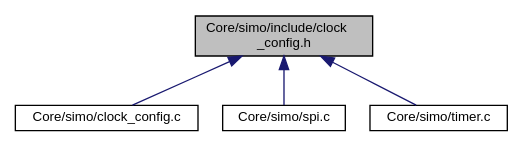
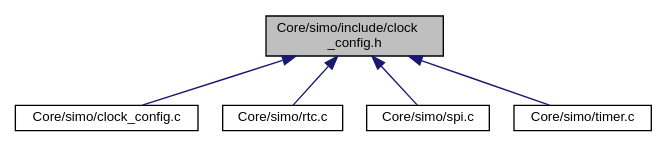
The diagram in docs/clock__config_8h__dep__incl.dot (Germanvelardez2018/SIMO-STM32-framework), drawn with Graphviz before and after one commit. The commit also changed 46 other files, not shown here.

```diff
--- a/docs/clock__config_8h__dep__incl.dot
+++ b/docs/clock__config_8h__dep__incl.dot
@@ -1,13 +1,15 @@
 digraph "Core/simo/include/clock_config.h"
 {
  // LATEX_PDF_SIZE
   edge [fontname="Helvetica",fontsize="10",labelfontname="Helvetica",labelfontsize="10"];
   node [fontname="Helvetica",fontsize="10",shape=record];
   Node1 [label="Core/simo/include/clock\l_config.h",height=0.2,width=0.4,color="black", fillcolor="grey75", style="filled", fontcolor="black",tooltip=" "];
   Node1 -> Node2 [dir="back",color="midnightblue",fontsize="10",style="solid",fontname="Helvetica"];
   Node2 [label="Core/simo/clock_config.c",height=0.2,width=0.4,color="black", fillcolor="white", style="filled",URL="$clock__config_8c.html",tooltip=" "];
   Node1 -> Node3 [dir="back",color="midnightblue",fontsize="10",style="solid",fontname="Helvetica"];
-  Node3 [label="Core/simo/spi.c",height=0.2,width=0.4,color="black", fillcolor="white", style="filled",URL="$spi_8c.html",tooltip="Driver para abstraer el hardware SPI."];
+  Node3 [label="Core/simo/rtc.c",height=0.2,width=0.4,color="black", fillcolor="white", style="filled",URL="$rtc_8c.html",tooltip=" "];
   Node1 -> Node4 [dir="back",color="midnightblue",fontsize="10",style="solid",fontname="Helvetica"];
-  Node4 [label="Core/simo/timer.c",height=0.2,width=0.4,color="black", fillcolor="white", style="filled",URL="$timer_8c.html",tooltip=" "];
+  Node4 [label="Core/simo/spi.c",height=0.2,width=0.4,color="black", fillcolor="white", style="filled",URL="$spi_8c.html",tooltip="Driver para abstraer el hardware SPI."];
+  Node1 -> Node5 [dir="back",color="midnightblue",fontsize="10",style="solid",fontname="Helvetica"];
+  Node5 [label="Core/simo/timer.c",height=0.2,width=0.4,color="black", fillcolor="white", style="filled",URL="$timer_8c.html",tooltip=" "];
 }
```
